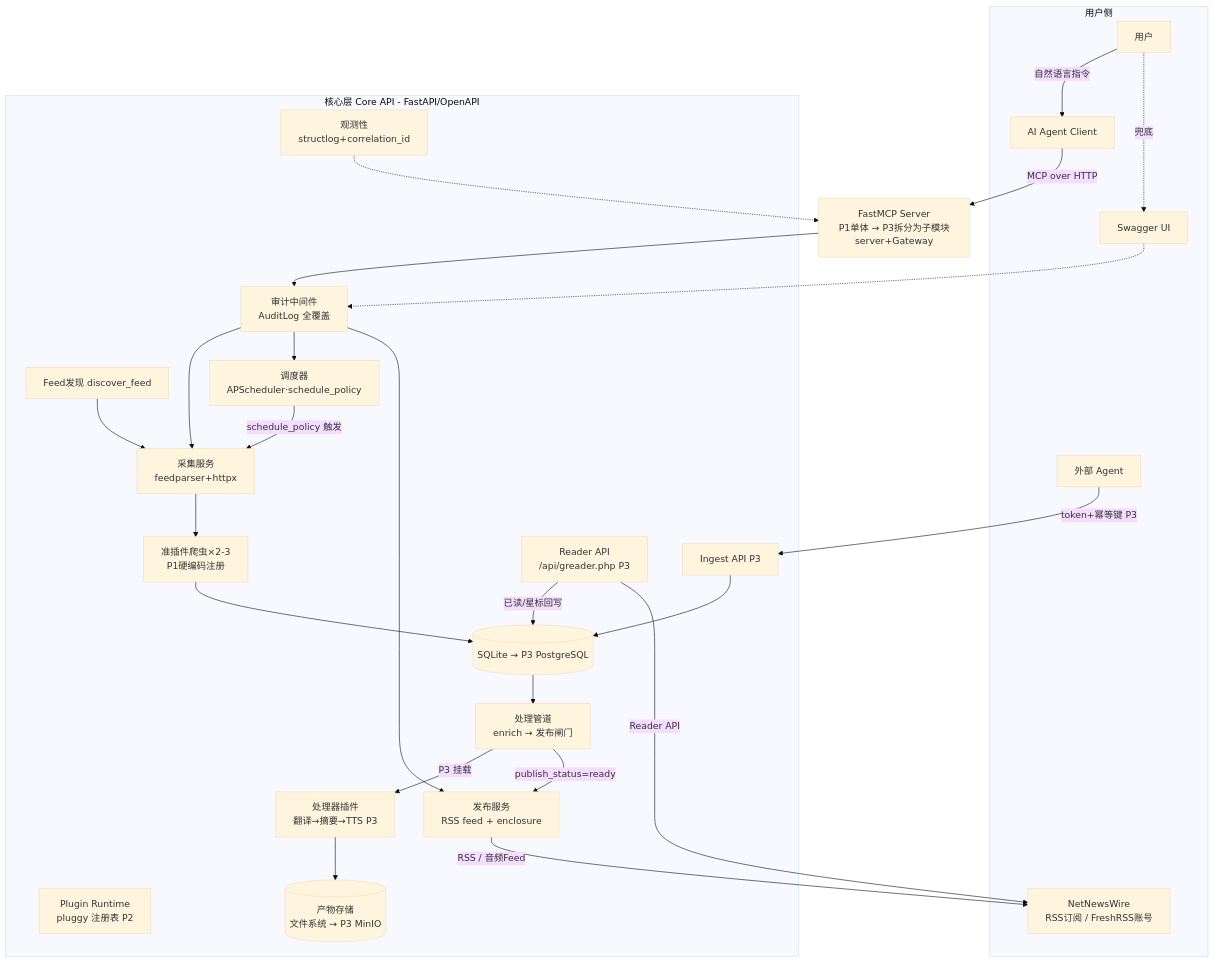
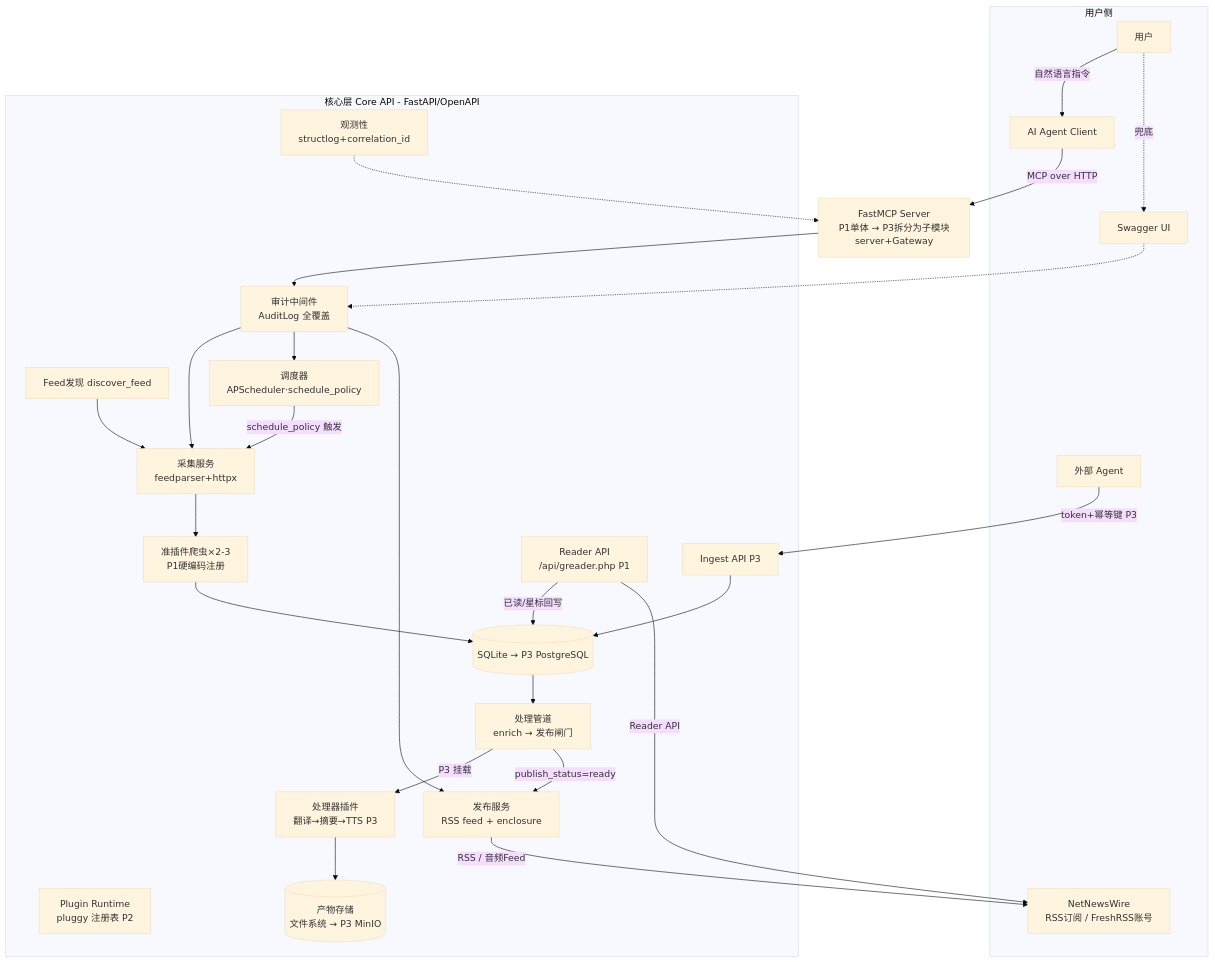
The diagram in architecture-spec.md (ll1zt/Pearss), drawn with Mermaid (base theme) before and after one commit. The commit also changed other lines of this file and 6 other files, not shown here.

````diff
--- a/architecture-spec.md
+++ b/architecture-spec.md
@@ -87,50 +87,50 @@
 ```mermaid
 flowchart TB
     subgraph 用户侧
         U[用户] -->|自然语言指令| AG[AI Agent Client]
         U -.->|兜底| SW[Swagger UI]
         NW[NetNewsWire<br/>RSS订阅 / FreshRSS账号]
         EXT[外部 Agent]
     end
 
     AG -->|MCP over HTTP| MSV[FastMCP Server<br/>P1单体 → P3拆分为子模块server+Gateway]
 
     subgraph 核心层 Core API - FastAPI/OpenAPI
         AUD[审计中间件<br/>AuditLog 全覆盖]
         CA[采集服务<br/>feedparser+httpx]
         DIS[Feed发现 discover_feed]
         PLG[准插件爬虫×2-3<br/>P1硬编码注册]
         PR[Plugin Runtime<br/>pluggy 注册表 P2]
         XP[处理器插件<br/>翻译→摘要→TTS P3]
         IG[Ingest API P3]
         SC[调度器<br/>APScheduler·schedule_policy]
         PIPE[处理管道<br/>enrich → 发布闸门]
         DB[(SQLite → P3 PostgreSQL)]
         FS[(产物存储
 文件系统 → P3 MinIO)]
         PB[发布服务
 RSS feed + enclosure]
         RA[Reader API
-/api/greader.php P3]
+/api/greader.php P1]
         OB[观测性
 structlog+correlation_id]
     end
 
     MSV --> AUD
     SW -.-> AUD
     AUD --> CA
     AUD --> SC
     AUD --> PB
     DIS --> CA
     CA --> PLG --> DB
     SC -->|schedule_policy 触发| CA
     DB --> PIPE
     PIPE -->|P3 挂载| XP
     XP --> FS
     PIPE -->|publish_status=ready| PB
     PB -->|RSS / 音频Feed| NW
     RA -->|已读/星标回写| DB
     RA -->|Reader API| NW
     EXT -->|token+幂等键 P3| IG --> DB
     OB -.-> MSV
 ```
````
